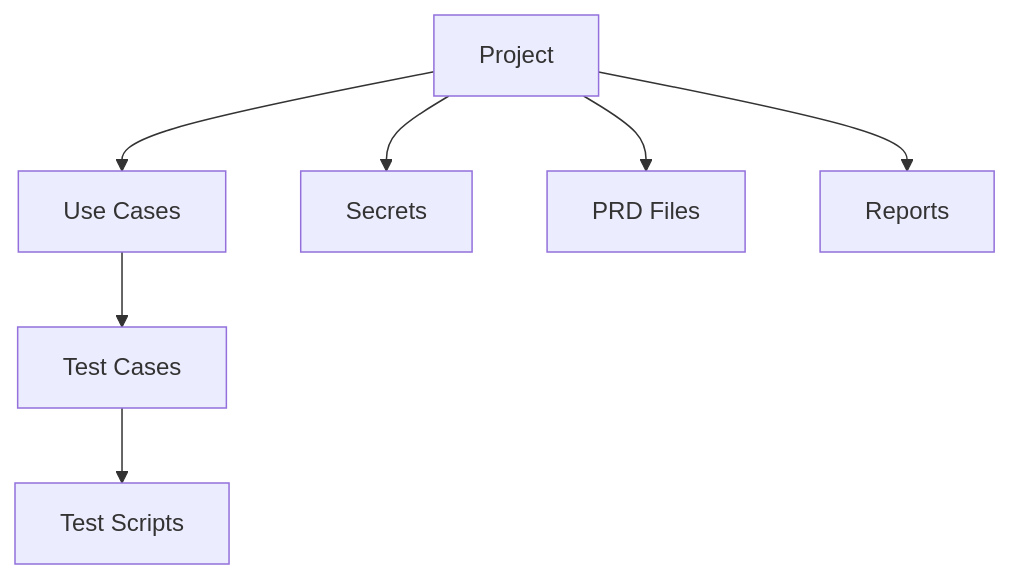
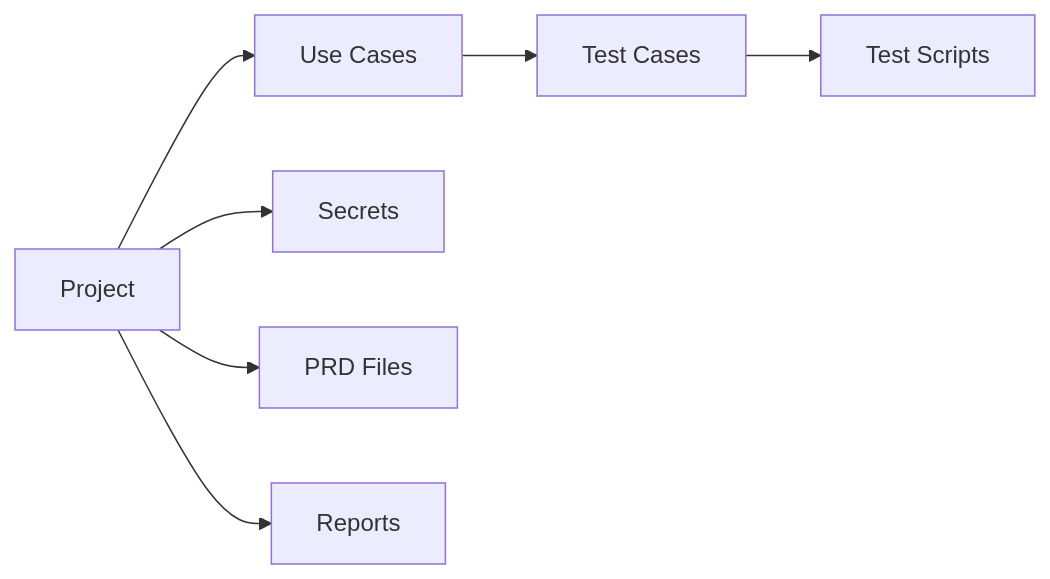
One commit to multiplex-ai/muggle-ai-docs changed the second of 5 diagrams in mcp/mcp-concepts.md. Above: the diagram before and after it, drawn with Mermaid. The commit also changed other lines of this file and 3 other files, not shown here.

Commit message:
docs: update flowchart directions and formatting across multiple documentation files for improved clarity and consistency

````diff
--- a/mcp/mcp-concepts.md
+++ b/mcp/mcp-concepts.md
@@ -54,10 +57,10 @@
 ```mermaid
-graph TD
+graph LR
     P[Project] --> UC[Use Cases]
     P --> S[Secrets]
     P --> PRD[PRD Files]
     P --> R[Reports]
     
     UC --> TC[Test Cases]
     TC --> TS[Test Scripts]
 ```
````
